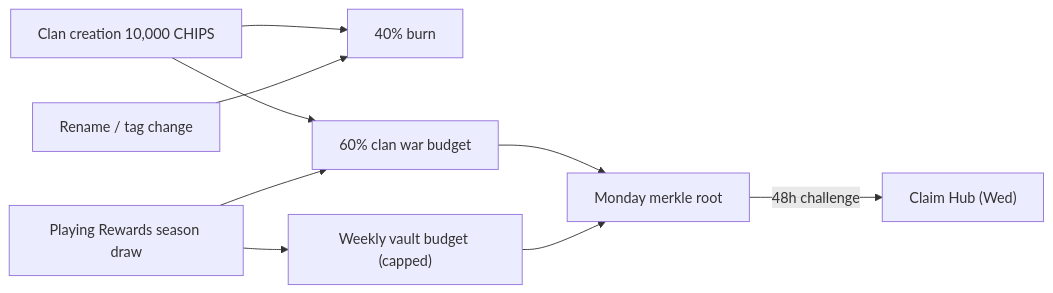
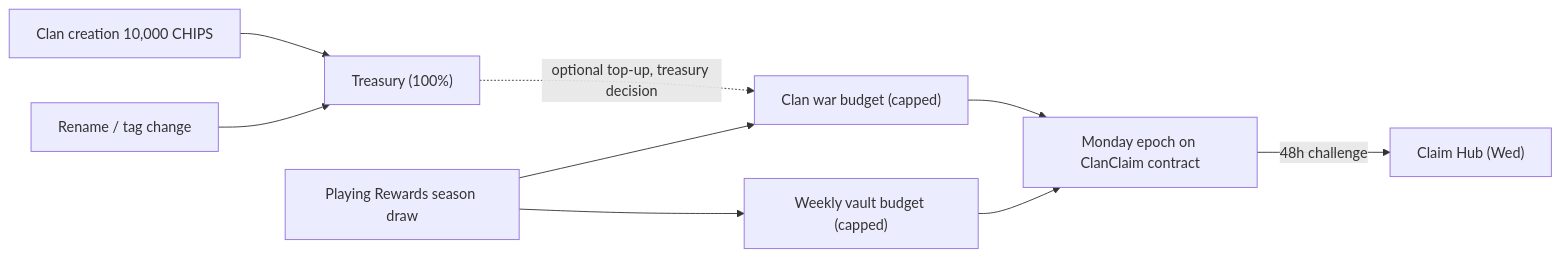
Before and after one commit to mrongSubho/ludo-base: the third of 4 diagrams in docs/planning/CLAN_SYSTEM_PLAN.md, drawn with Mermaid. The commit also changed other lines of this file, not shown here.

Commit message:
docs(planning): clan plan — lock D5–D10 (treasury fees, paid-only wars, clan contract, plain chat, duo queue in C3, level headroom)

````diff
--- a/docs/planning/CLAN_SYSTEM_PLAN.md
+++ b/docs/planning/CLAN_SYSTEM_PLAN.md
@@ -434,11 +458,11 @@
 ```mermaid
 flowchart LR
-    Create["Clan creation 10,000 CHIPS"] --> Burn["40% burn"]
-    Create --> WarBudget["60% clan war budget"]
-    Rename["Rename / tag change"] --> Burn
-    Play["Playing Rewards season draw"] --> WarBudget
+    Create["Clan creation 10,000 CHIPS"] --> Treasury["Treasury (100%)"]
+    Rename["Rename / tag change"] --> Treasury
+    Play["Playing Rewards season draw"] --> WarBudget["Clan war budget (capped)"]
     Play --> VaultBudget["Weekly vault budget (capped)"]
-    WarBudget --> Root["Monday merkle root"]
-    VaultBudget --> Root
-    Root -->|"48h challenge"| Claim["Claim Hub (Wed)"]
+    Treasury -.->|"optional top-up, treasury decision"| WarBudget
+    WarBudget --> Epoch["Monday epoch on ClanClaim contract"]
+    VaultBudget --> Epoch
+    Epoch -->|"48h challenge"| Claim["Claim Hub (Wed)"]
 ```
````
